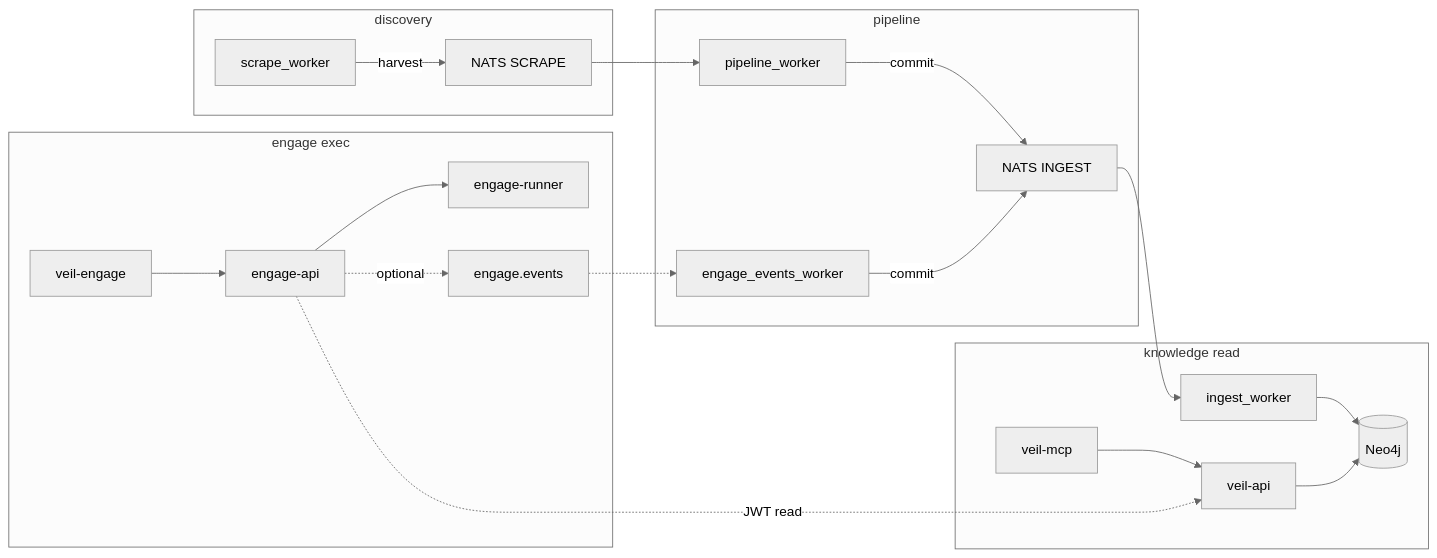
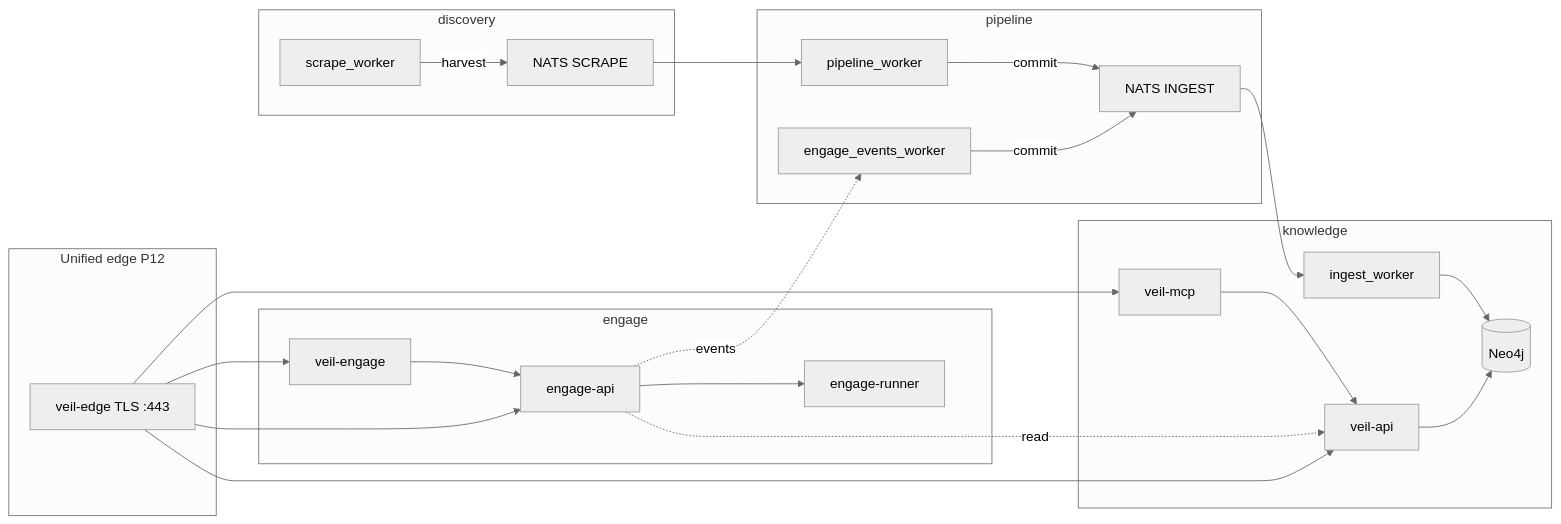
Before and after one commit to butbeautifulv/threat_intelligence: the diagram in README.md, drawn with Mermaid (neutral theme). The commit also changed other lines of this file and 5 other files, not shown here.

````diff
--- a/README.md
+++ b/README.md
@@ -24,33 +29,38 @@
 ```mermaid
 flowchart LR
+  subgraph edge [Unified edge P12]
+    NGX[veil-edge TLS :443]
+  end
   subgraph discovery [discovery]
     SW[scrape_worker]
     SW -->|harvest| NATS1[NATS SCRAPE]
   end
   subgraph pipeline [pipeline]
     PW[pipeline_worker]
     EEW[engage_events_worker]
     NATS1 --> PW
     PW -->|commit| NATS2[NATS INGEST]
     EEW -->|commit| NATS2
   end
-  subgraph knowledge [knowledge read]
+  subgraph knowledge [knowledge]
     IW[ingest_worker]
     Neo4j[(Neo4j)]
     API[veil-api]
     MCPg[veil-mcp]
     NATS2 --> IW --> Neo4j
     API --> Neo4j
     MCPg --> API
   end
-  subgraph engage [engage exec]
+  subgraph engage [engage]
     EngAPI[engage-api]
     EngMCP[veil-engage]
     Runner[engage-runner]
-    EngMCP --> EngAPI
-    EngAPI --> Runner
-    EngAPI -.->|JWT read| API
-    EngAPI -.->|optional| NATS_E[engage.events]
-    NATS_E -.-> EEW
+    EngMCP --> EngAPI --> Runner
+    EngAPI -.->|read| API
+    EngAPI -.->|events| EEW
   end
+  NGX --> API
+  NGX --> MCPg
+  NGX --> EngAPI
+  NGX --> EngMCP
 ```
````
